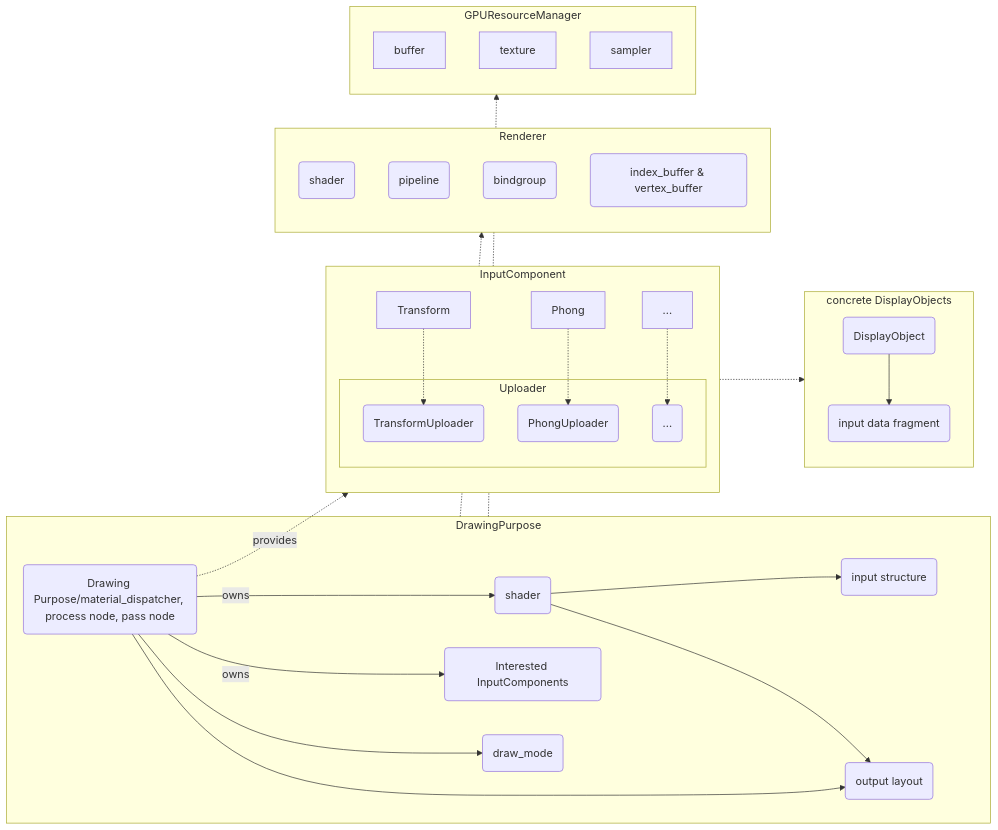
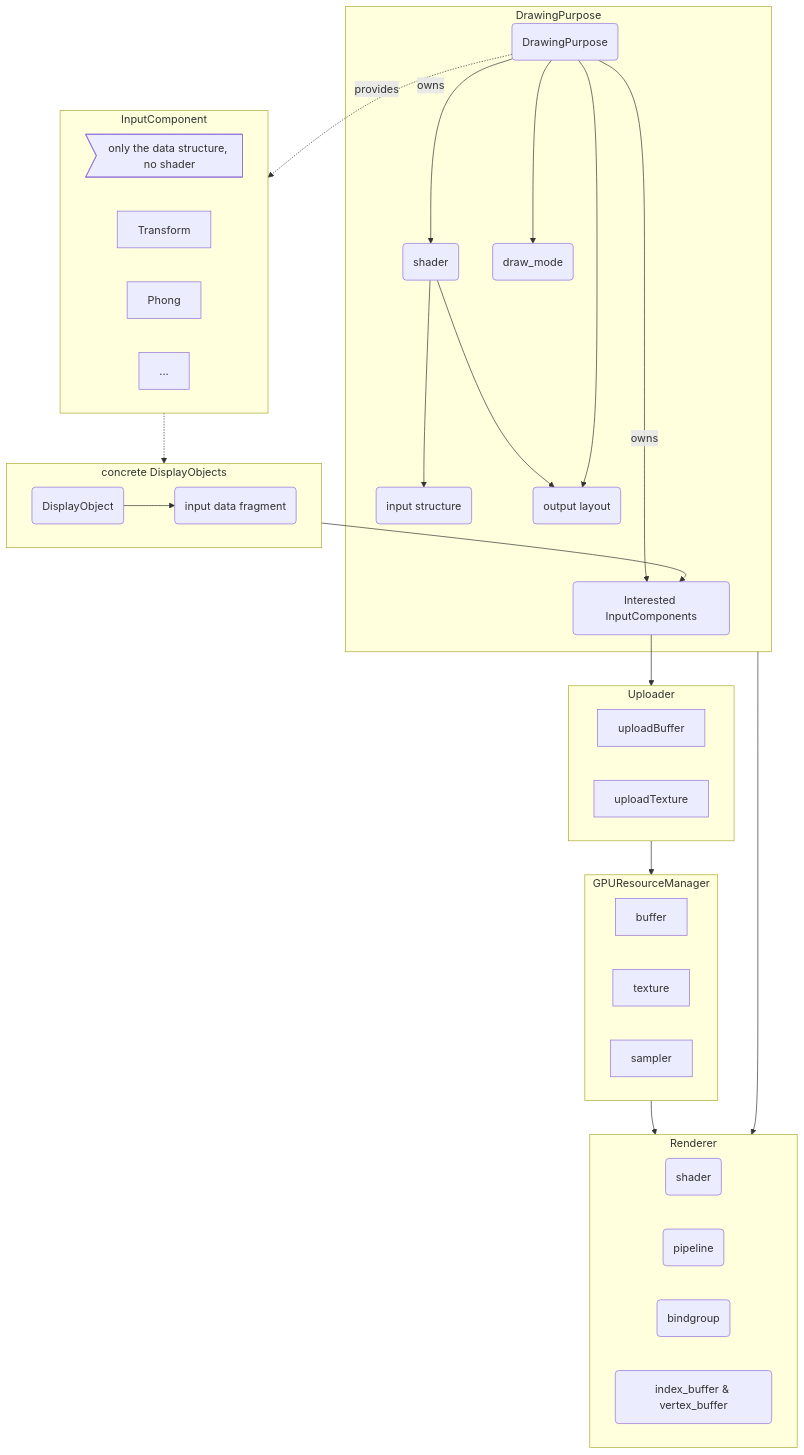
One commit to michael8090/learn-webgpu-ts changed the second of 2 diagrams in design.md. Above: the diagram before and after it, drawn with Mermaid.

Commit message:
update uploader

````diff
--- a/design.md
+++ b/design.md
@@ -100,48 +100,52 @@
 ```mermaid
-graph LR;
+graph TD;
 subgraph DrawingPurpose
-A(Drawing Purpose/material_dispatcher, process node, pass node) -- owns --> B(shader) --> C(input structure)
+A(DrawingPurpose) -- owns --> B(shader) --> C(input structure)
                                B --> C1(output layout)
                 A-- owns --> A1(Interested InputComponents)
                 A--> C1(output layout)
                 A--> F(draw_mode)
 end
 
+subgraph Uploader
+uploadBuffer
+uploadTexture
+end
+
+A1 --> Uploader
+Uploader --> GPUResourceManager
+GPUResourceManager --> Renderer
 A -. provides .-> InputComponent
 
 subgraph InputComponent
-Transform -.-> u1
-Phong -.-> u2
-... -.-> u3
-subgraph Uploader
-u1(TransformUploader)
-u2(PhongUploader)
-u3(...)
-end
+i>only the data structure, no shader]
+Transform
+Phong
+...
 end
 
 InputComponent -.-> s0
 
 subgraph s0 [concrete DisplayObjects]
 a1(DisplayObject) --> a2(input data fragment)
 end
 
+s0 --> A1
 
-DrawingPurpose -.-> Renderer
+
+DrawingPurpose --> Renderer
 
 subgraph Renderer
 r0(shader)
 r1(pipeline)
 r2(bindgroup)
 r3(index_buffer & vertex_buffer)
 end
 
 subgraph GPUResourceManager
 buffer
 texture 
 sampler
 end
 
-DrawingPurpose -.-> GPUResourceManager
-
 ```
````
